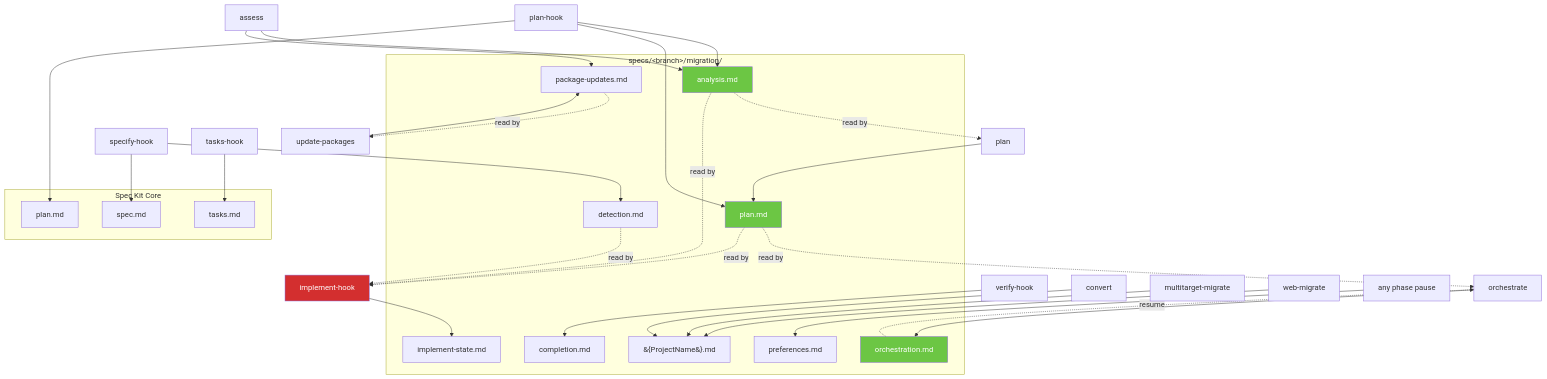
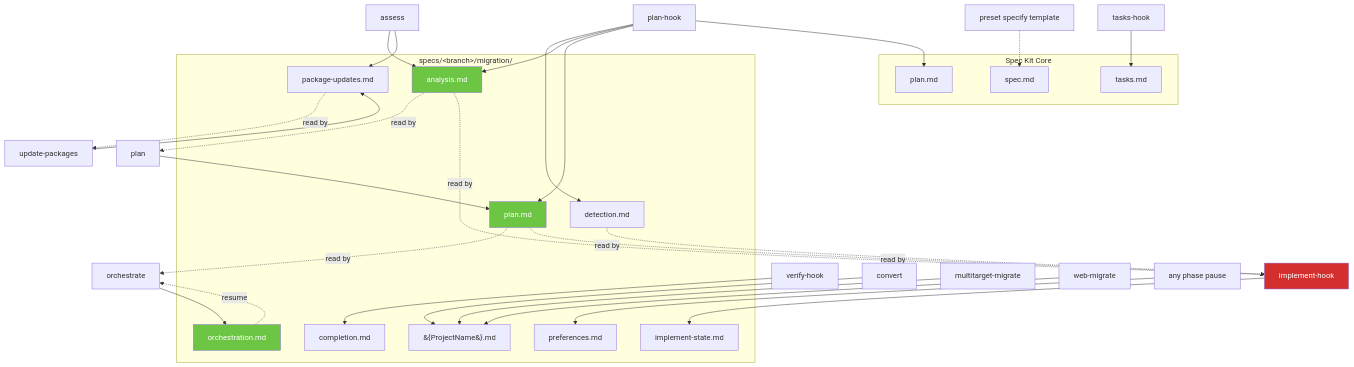
Before and after one commit to RogerBestMsft/spec-kit-FxToNet: the fifth of 6 diagrams in fx-to-dotnet/README.md, drawn with Mermaid. The commit also changed other lines of this file and 8 other files, not shown here.

````diff
--- a/fx-to-dotnet/README.md
+++ b/fx-to-dotnet/README.md
@@ -325,52 +323,52 @@
 ```mermaid
 graph TD
     subgraph SK[Spec Kit Core]
         SP[spec.md]
         PL[plan.md]
         TK[tasks.md]
     end
 
     subgraph Mig[specs/&lt;branch&gt;/migration/]
         AN[analysis.md]
         MP[plan.md]
         ORC[orchestration.md]
         PKG[package-updates.md]
         PRF[preferences.md]
         DET[detection.md]
         IST[implement-state.md]
         COMP[completion.md]
         PROJ[&#123;ProjectName&#125;.md]
     end
 
-    SH[specify-hook] --> DET
-    SH --> SP
-    PH[plan-hook] --> AN
+    SH[preset specify template] -.-> SP
+    PH[plan-hook] --> DET
+    PH --> AN
     PH --> MP
     PH --> PL
     TH[tasks-hook] --> TK
     IH[implement-hook] --> IST
     VH[verify-hook] --> COMP
 
     Assess[assess] --> AN
     Assess --> PKG
     Plan[plan] --> MP
     Orch[orchestrate] --> ORC
     Conv[convert] --> PROJ
     UPP[update-packages] --> PKG
     Multi[multitarget-migrate] --> PROJ
     Web[web-migrate] --> PROJ
     AnyPause[any phase pause] --> PRF
 
     AN -. read by .-> Plan
     AN -. read by .-> IH
     MP -. read by .-> Orch
     MP -. read by .-> IH
     ORC -. resume .-> Orch
     PKG -. read by .-> UPP
     DET -. read by .-> IH
 
     style AN fill:#6cc644,color:#fff
     style MP fill:#6cc644,color:#fff
     style ORC fill:#6cc644,color:#fff
     style IH fill:#d32f2f,color:#fff
 ```
````
